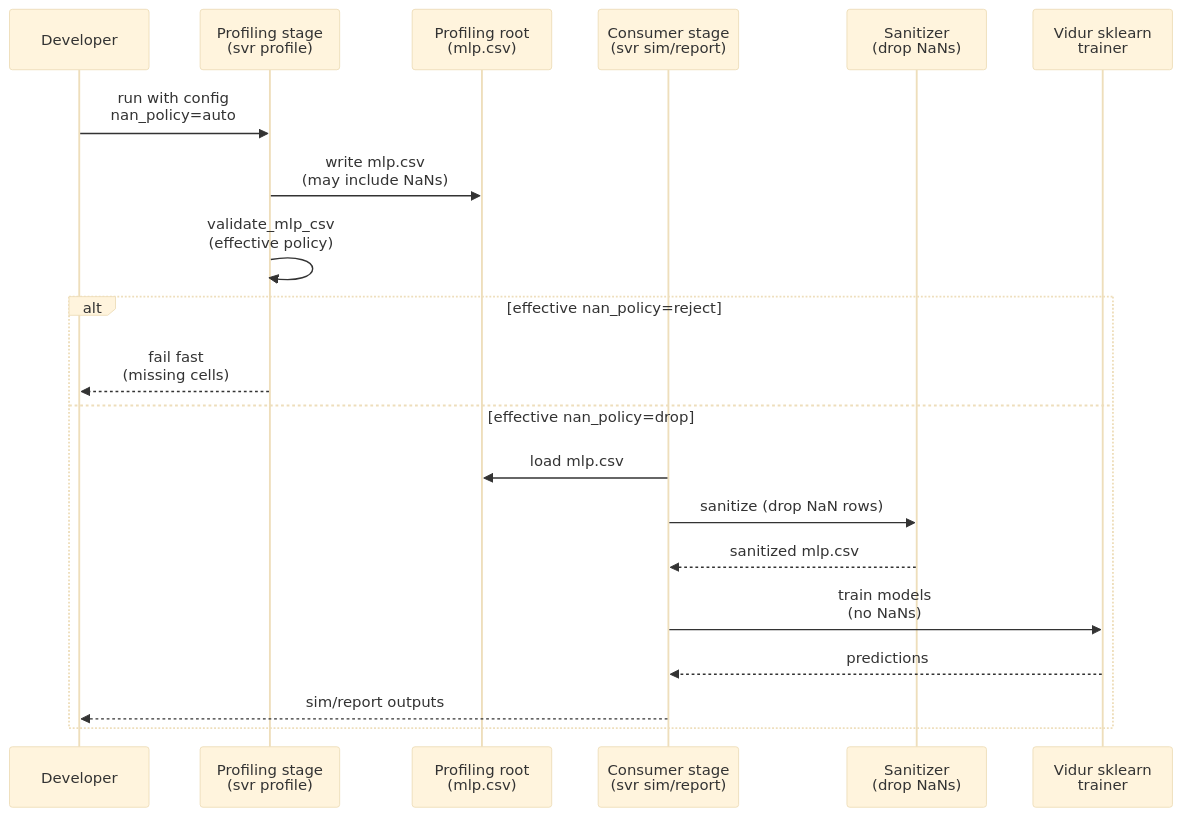
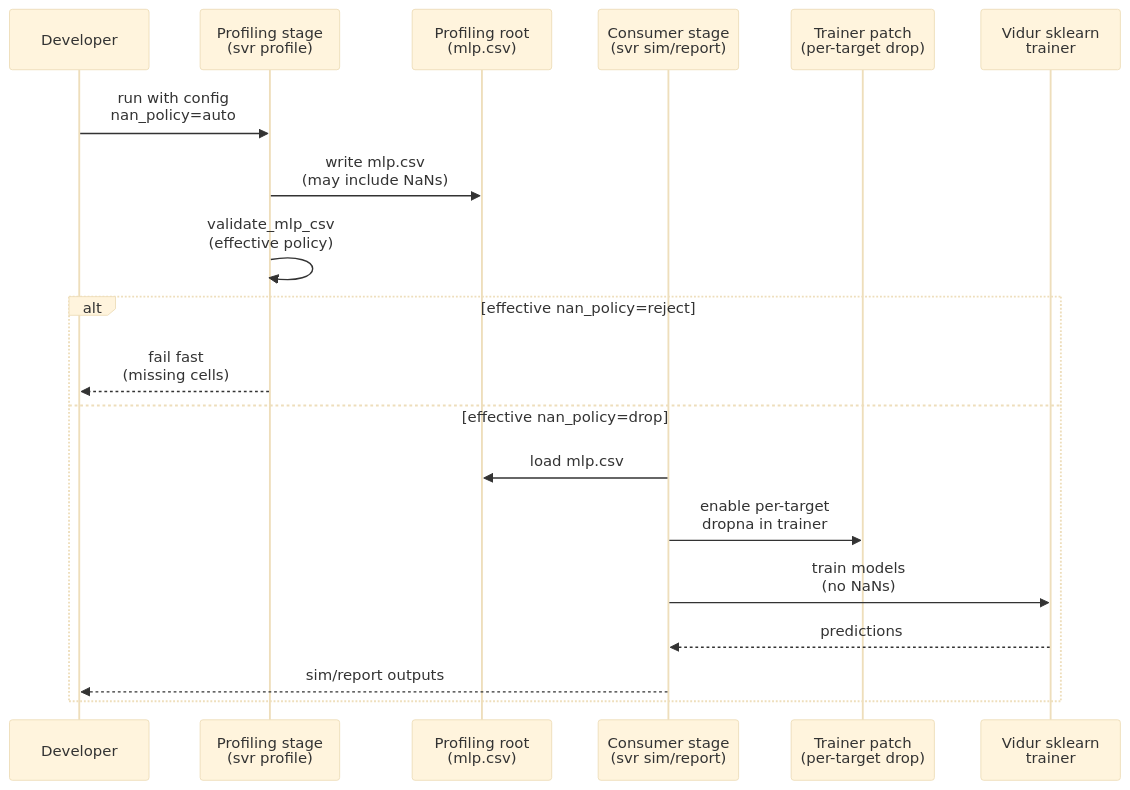
Before and after one commit to CodeGandee/gpu-simulate-test: the diagram in context/plans/plan-vidur-mlp-nan-policy.md, drawn with Mermaid (base theme). The commit also changed other lines of this file, not shown here.

Commit message:
Revise NaN policy plan to patch trainer

````diff
--- a/context/plans/plan-vidur-mlp-nan-policy.md
+++ b/context/plans/plan-vidur-mlp-nan-policy.md
@@ -81,24 +80,23 @@
 ```mermaid
 sequenceDiagram
     participant Dev as Developer
     participant Prof as Profiling stage<br/>(svr profile)
     participant Root as Profiling root<br/>(mlp.csv)
     participant Sim as Consumer stage<br/>(svr sim/report)
-    participant San as Sanitizer<br/>(drop NaNs)
+    participant Pat as Trainer patch<br/>(per-target drop)
     participant Vid as Vidur sklearn<br/>trainer
 
     Dev->>Prof: run with config<br/>nan_policy=auto
     Prof->>Root: write mlp.csv<br/>(may include NaNs)
     Prof->>Prof: validate_mlp_csv<br/>(effective policy)
 
     alt effective nan_policy=reject
         Prof-->>Dev: fail fast<br/>(missing cells)
     else effective nan_policy=drop
         Sim->>Root: load mlp.csv
-        Sim->>San: sanitize (drop NaN rows)
-        San-->>Sim: sanitized mlp.csv
+        Sim->>Pat: enable per-target<br/>dropna in trainer
         Sim->>Vid: train models<br/>(no NaNs)
         Vid-->>Sim: predictions
         Sim-->>Dev: sim/report outputs
     end
 ```
````
